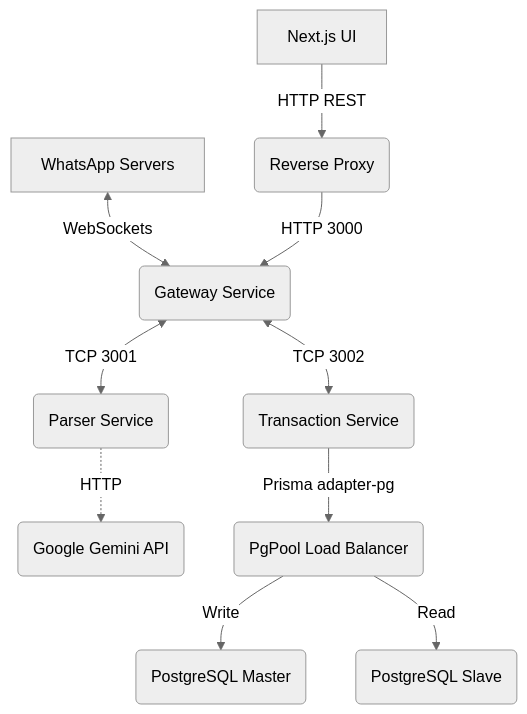
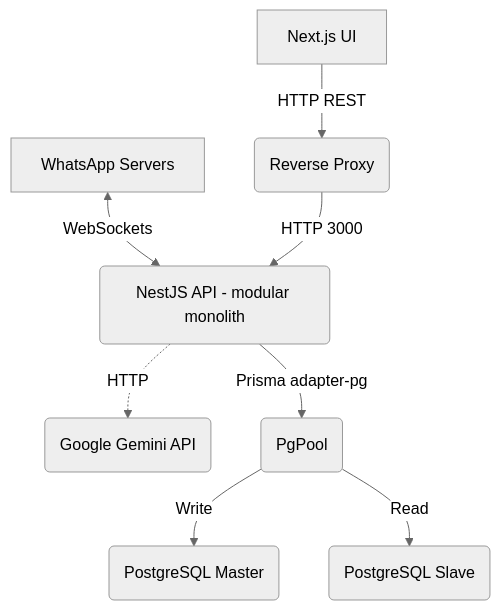
Before and after one commit to Kne34/WhatsMonTrack: the diagram in README.md, drawn with Mermaid (neutral theme). The commit also changed other lines of this file and 9 other files, not shown here.

Commit message:
chore(infra): point docker, nginx and scripts to api service, add e2e tests

````diff
--- a/README.md
+++ b/README.md
@@ -37,15 +39,10 @@
 ```mermaid
 graph TD
-    WA[WhatsApp Servers] <-->|WebSockets| Gateway(Gateway Service)
+    WA[WhatsApp Servers] <-->|WebSockets| API(NestJS API - modular monolith)
     Frontend[Next.js UI] -->|HTTP REST| Nginx(Reverse Proxy)
-    Nginx -->|HTTP 3000| Gateway
-    
-    Gateway <-->|TCP 3001| Parser(Parser Service)
-    Gateway <-->|TCP 3002| Transaction(Transaction Service)
-    
-    Parser -.->|HTTP| Gemini(Google Gemini API)
-    
-    Transaction -->|Prisma adapter-pg| PgPool(PgPool Load Balancer)
+    Nginx -->|HTTP 3000| API
+    API -.->|HTTP| Gemini(Google Gemini API)
+    API -->|Prisma adapter-pg| PgPool(PgPool)
     PgPool -->|Write| Master(PostgreSQL Master)
     PgPool -->|Read| Slave(PostgreSQL Slave)
 ```
````
